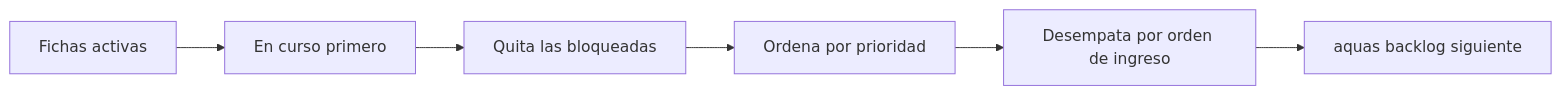
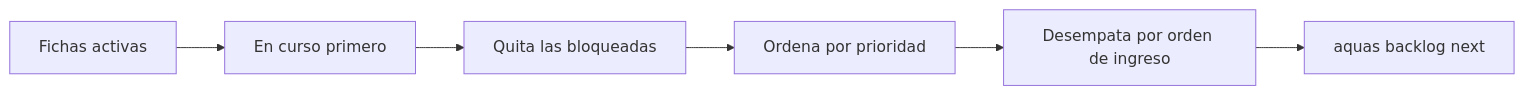
The first of 3 diagrams in docs/E001/F002/README.md (jliberal-aquas/aquas-central-harness-government), drawn with Mermaid before and after one commit. The commit also changed other lines of this file and 184 other files, not shown here.

````diff
--- a/docs/E001/F002/README.md
+++ b/docs/E001/F002/README.md
@@ -35,8 +35,8 @@
 ```mermaid
 flowchart LR
     A["Fichas activas"] --> Z["En curso primero"]
     Z --> B["Quita las bloqueadas"]
     B --> C["Ordena por prioridad"]
     C --> D["Desempata por orden de ingreso"]
-    D --> E["aquas backlog siguiente"]
+    D --> E["aquas backlog next"]
 ```
````
